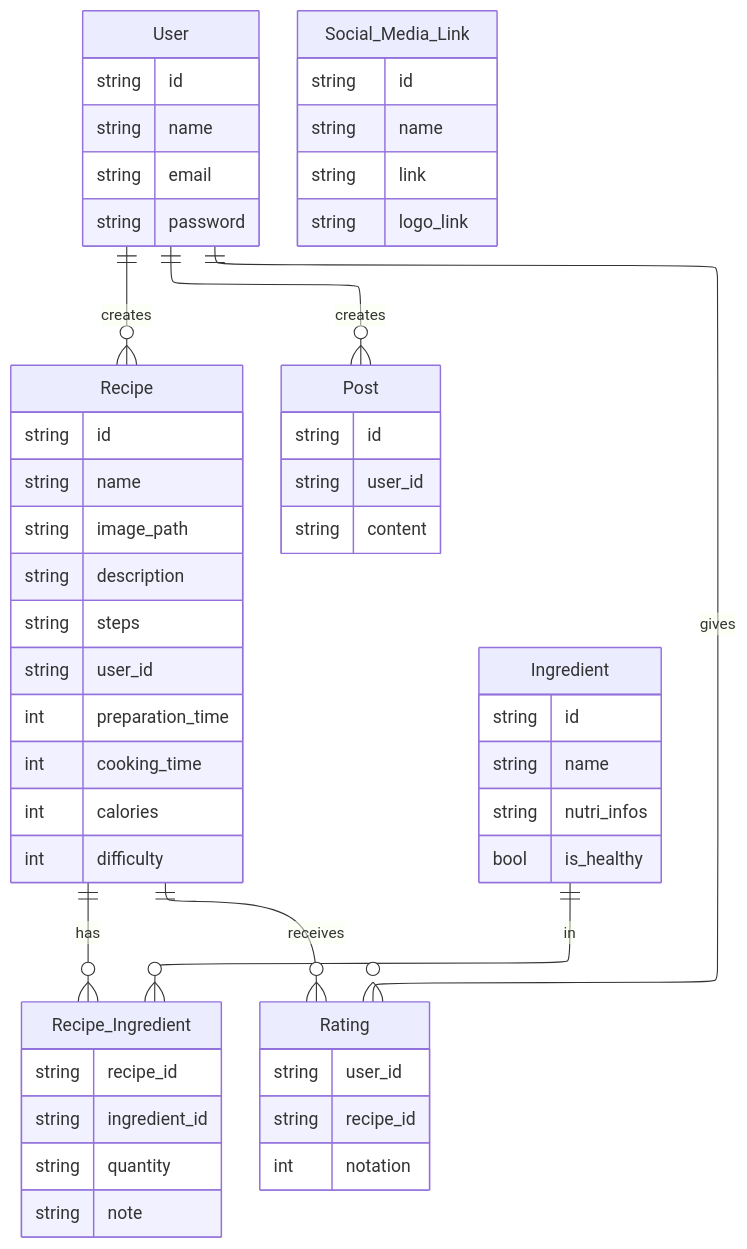
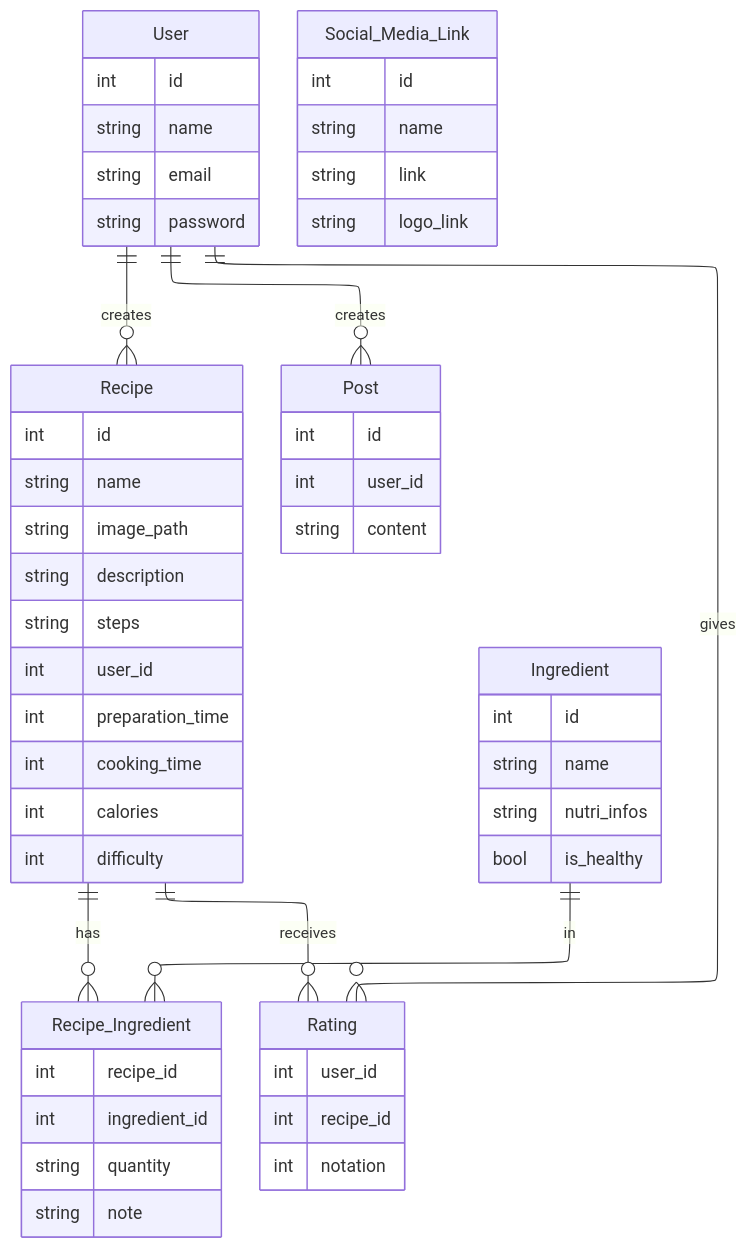
One commit to ihabChaker/KitchenExchange changed the diagram in readme.md. Above: the diagram before and after it, drawn with Mermaid.

````diff
--- a/readme.md
+++ b/readme.md
@@ -41,67 +41,67 @@
 ```mermaid
 ---
 config:
   layout: elk
   look: classic
 ---
 erDiagram
     User ||--o{ Recipe : creates
     User ||--o{ Post : creates
     Recipe ||--o{ Recipe_Ingredient : has
     Ingredient ||--o{ Recipe_Ingredient : in
     User ||--o{ Rating : gives
     Recipe ||--o{ Rating : receives
 
     User {
-        string id
+        int id
         string name
         string email
         string password
     }
   
     Social_Media_Link {
-        string id
+        int id
         string name
         string link
         string logo_link
     }
   
     Recipe {
-        string id
+        int id
         string name
         string image_path
         string description
         string steps
-        string user_id
+        int user_id
         int preparation_time
         int cooking_time
         int calories
         int difficulty
     }
   
     Rating {
-        string user_id
-        string recipe_id
+        int user_id
+        int recipe_id
         int notation
     }
   
     Post {
-        string id
-        string user_id
+        int id
+        int user_id
         string content
     }
   
     Ingredient {
-        string id
+        int id
         string name
         string nutri_infos
         bool is_healthy
     }
   
     Recipe_Ingredient {
-        string recipe_id
-        string ingredient_id
+        int recipe_id
+        int ingredient_id
         string quantity
         string note
     }
 ```
````
